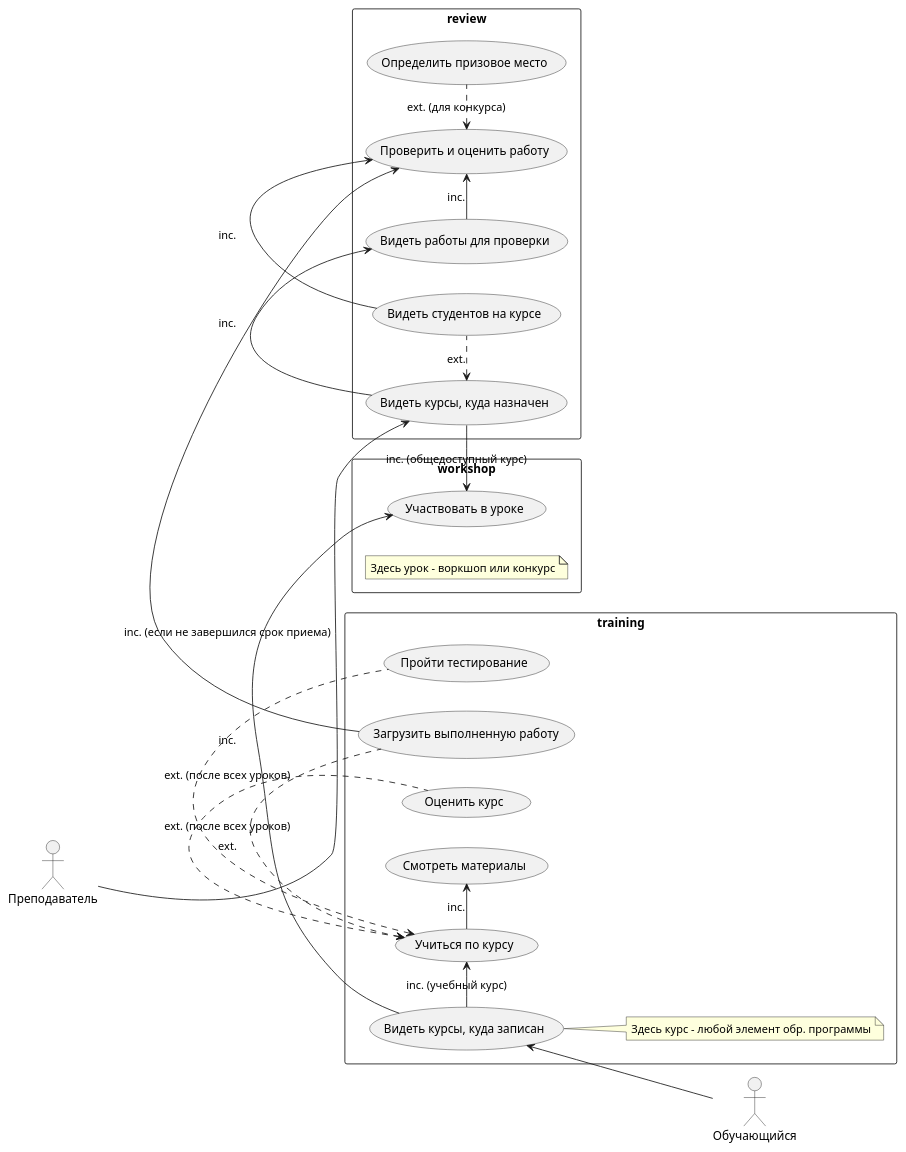
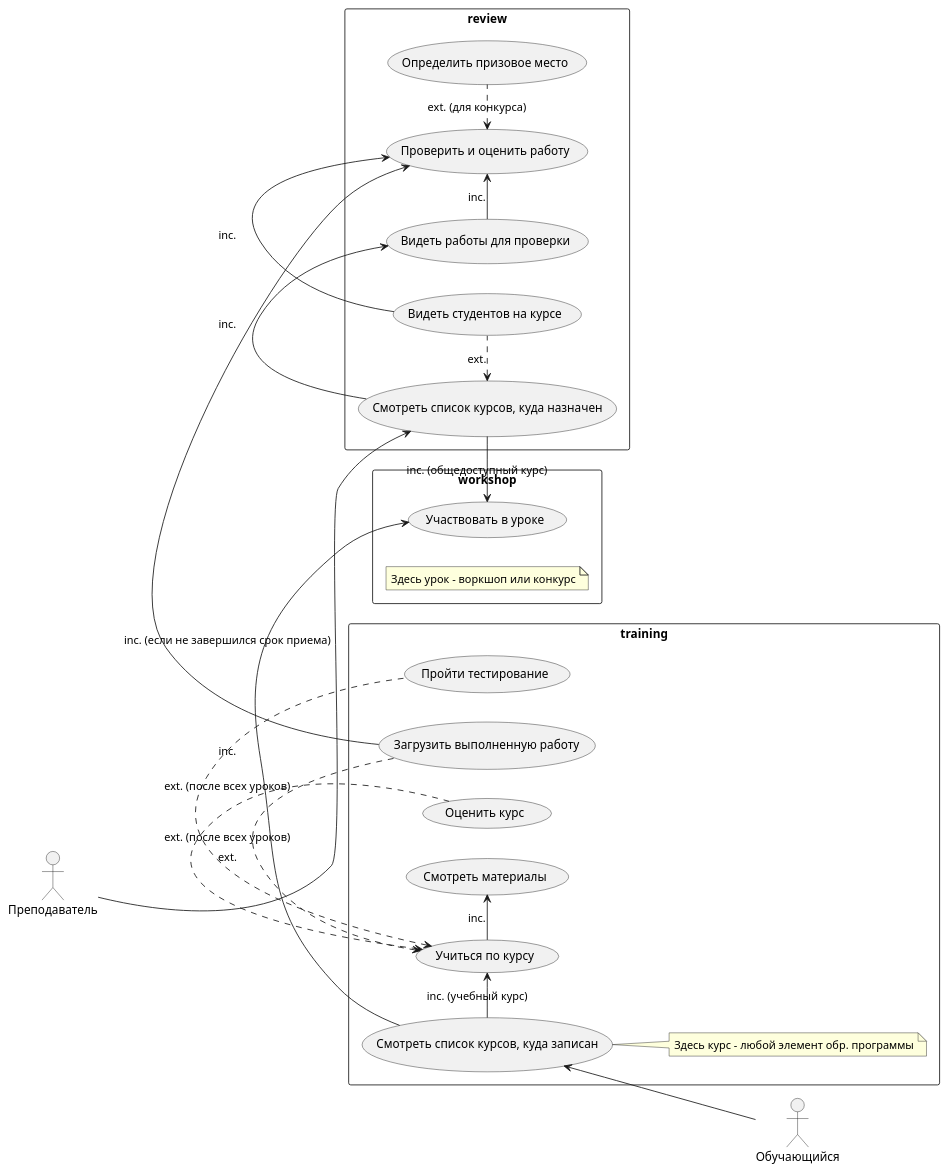
One commit to karpoftea/mts-kata-2023 changed the third of 5 diagrams in docs/requirements/requirements.md. Above: the diagram before and after it, drawn with PlantUML. The commit also changed other lines of this file and 1 other file, not shown here.

````diff
--- a/docs/requirements/requirements.md
+++ b/docs/requirements/requirements.md
@@ -133,50 +134,50 @@
 ```plantuml
 @startuml
 
 left to right direction
 
 actor "Обучающийся" as student
 actor "Преподаватель" as teacher
 
 rectangle workshop {
   usecase "Участвовать в уроке" as UC38
   note "Здесь урок - воркшоп или конкурс" as N32
 }
 
 rectangle training {
-  usecase "Видеть курсы, куда записан" as UC31
+  usecase "Смотреть список курсов, куда записан" as UC31
   usecase "Учиться по курсу" as UC33
   usecase "Пройти тестирование" as UC34
   usecase "Загрузить выполненную работу" as UC35
   usecase "Оценить курс" as UC36
   usecase "Смотреть материалы" as UC39
   note "Здесь курс - любой элемент обр. программы" as N31
 }
 
 rectangle review {
-  usecase "Видеть курсы, куда назначен" as UC32
+  usecase "Смотреть список курсов, куда назначен" as UC32
   usecase "Проверить и оценить работу" as UC37
   usecase "Видеть работы для проверки" as UC40
   usecase "Видеть студентов на курсе" as UC41
   usecase "Определить призовое место" as UC42
 }
 
 teacher --> UC32
 student -up-> UC31
 UC31 -> UC33 : inc. (учебный курс)
 UC31 -- N31
 UC31 -> UC38 : inc.
 UC32 -> UC38 : inc. (общедоступный курс)
 UC32 -> UC40 : inc.
 UC32 <. UC41 : ext.
 UC40 -> UC37 : inc.
 UC41 -> UC37 : inc.
 UC33 <. UC34 : ext. (после всех уроков)
 UC33 <. UC35 : ext.
 UC33 <. UC36 : ext. (после всех уроков)
 UC35 -> UC37 : inc. (если не завершился срок приема)
 UC33 -> UC39 : inc.
 UC37 <. UC42 : ext. (для конкурса)
 
 @enduml
 ```
````
